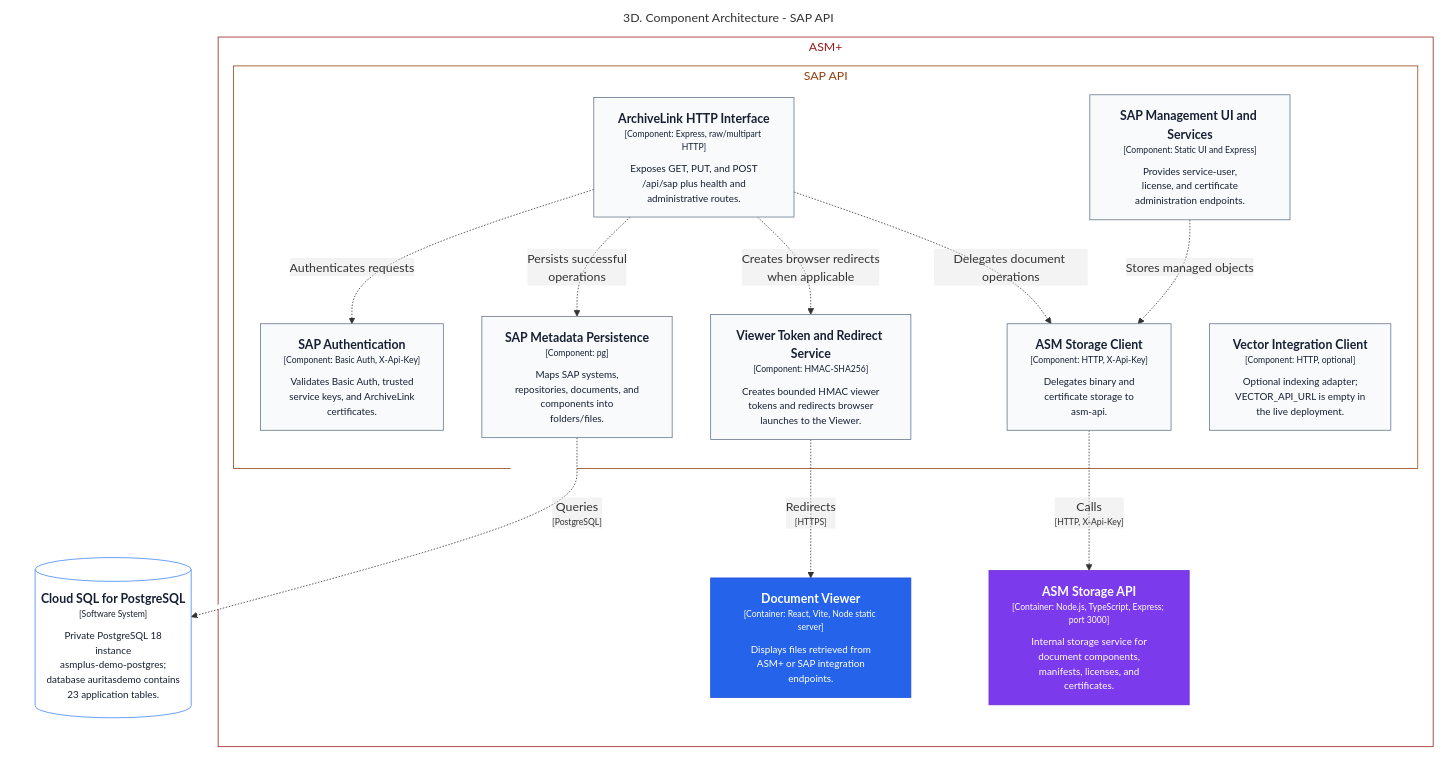
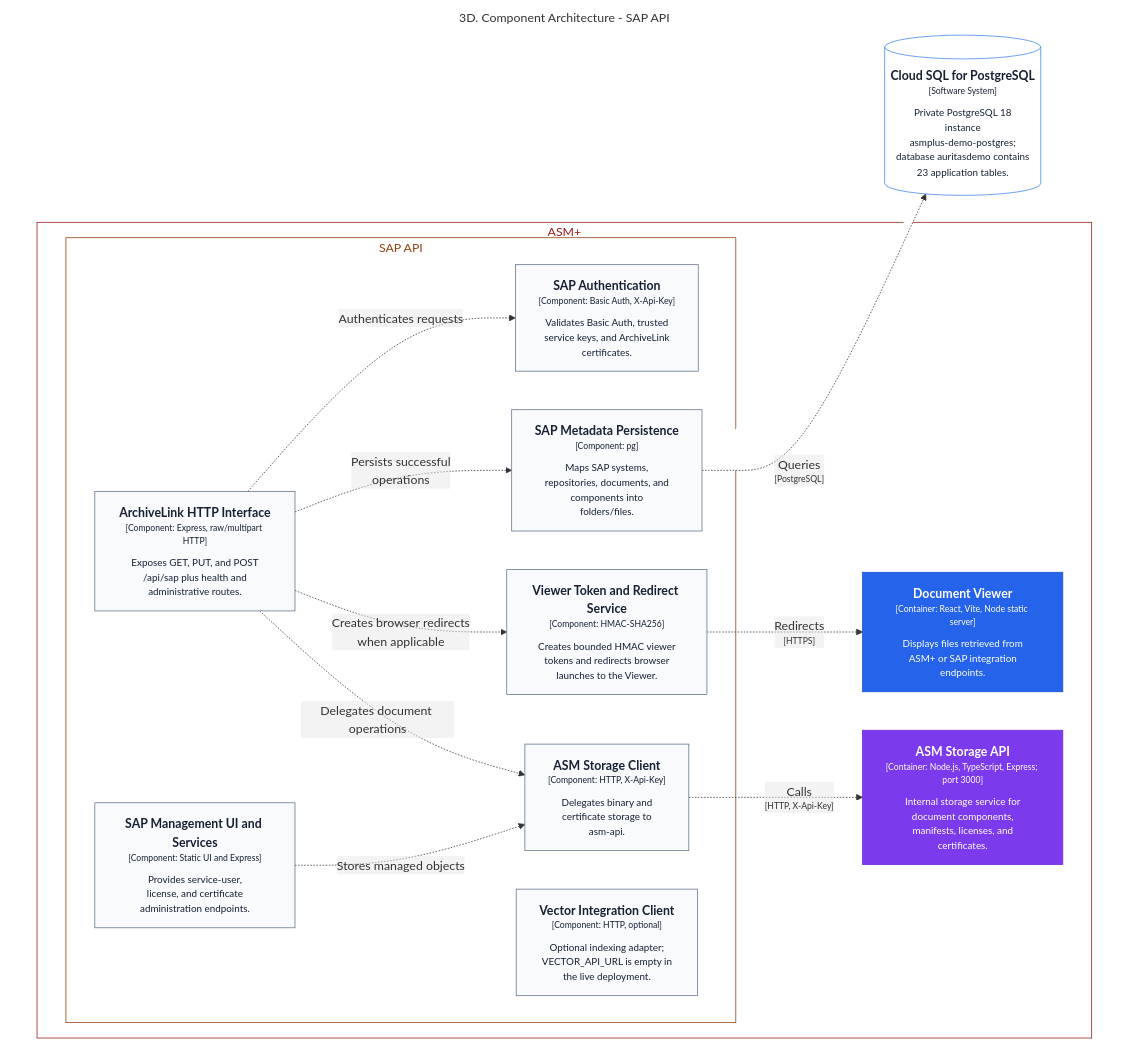
Before and after one commit to agilaffernan/ECOSYSTEM_ASM_ARCH: the diagram in exports/mermaid/structurizr-03d-component-api-sap.mmd, drawn with Mermaid. The commit also changed 93 other files, not shown here.

Commit message:
Update ASM+ architecture documentation

```diff
--- a/exports/mermaid/structurizr-03d-component-api-sap.mmd
+++ b/exports/mermaid/structurizr-03d-component-api-sap.mmd
@@ -1,47 +1,47 @@
-graph LR
+graph TB
   linkStyle default fill:#ffffff
 
   subgraph diagram ["3D. Component Architecture - SAP API"]
     style diagram fill:#ffffff,stroke:#ffffff
 
-    7[("<div style='font-weight: bold'>Cloud SQL for PostgreSQL</div><div style='font-size: 70%; margin-top: 0px'>[Software System]</div><div style='font-size: 80%; margin-top:10px'>Private PostgreSQL 18<br />instance<br />asmplus-demo-postgres;<br />database auritasdemo contains<br />23 application tables.</div>")]
-    style 7 fill:#ffffff,stroke:#4285f4,color:#172033
+    6[("<div style='font-weight: bold'>Cloud SQL for PostgreSQL</div><div style='font-size: 70%; margin-top: 0px'>[Software System]</div><div style='font-size: 80%; margin-top:10px'>Private PostgreSQL 18<br />instance<br />asmplus-demo-postgres;<br />database auritasdemo contains<br />23 application tables.</div>")]
+    style 6 fill:#ffffff,stroke:#4285f4,color:#172033
 
-    subgraph 13 ["ASM+"]
-      style 13 fill:#ffffff,stroke:#991b1b,color:#991b1b
+    subgraph 12 ["ASM+"]
+      style 12 fill:#ffffff,stroke:#991b1b,color:#991b1b
 
-      subgraph 47 ["SAP API"]
-        style 47 fill:#ffffff,stroke:#92400e,color:#92400e
+      subgraph 46 ["SAP API"]
+        style 46 fill:#ffffff,stroke:#92400e,color:#92400e
 
-        48["<div style='font-weight: bold'>ArchiveLink HTTP Interface</div><div style='font-size: 70%; margin-top: 0px'>[Component: Express, raw/multipart HTTP]</div><div style='font-size: 80%; margin-top:10px'>Exposes GET, PUT, and POST<br />/api/sap plus health and<br />administrative routes.</div>"]
+        47["<div style='font-weight: bold'>ArchiveLink HTTP Interface</div><div style='font-size: 70%; margin-top: 0px'>[Component: Express, raw/multipart HTTP]</div><div style='font-size: 80%; margin-top:10px'>Exposes GET, PUT, and POST<br />/api/sap plus health and<br />administrative routes.</div>"]
+        style 47 fill:#f8fafc,stroke:#64748b,color:#172033
+        48["<div style='font-weight: bold'>SAP Authentication</div><div style='font-size: 70%; margin-top: 0px'>[Component: Basic Auth, X-Api-Key]</div><div style='font-size: 80%; margin-top:10px'>Validates Basic Auth, trusted<br />service keys, and ArchiveLink<br />certificates.</div>"]
         style 48 fill:#f8fafc,stroke:#64748b,color:#172033
-        49["<div style='font-weight: bold'>SAP Authentication</div><div style='font-size: 70%; margin-top: 0px'>[Component: Basic Auth, X-Api-Key]</div><div style='font-size: 80%; margin-top:10px'>Validates Basic Auth, trusted<br />service keys, and ArchiveLink<br />certificates.</div>"]
+        49["<div style='font-weight: bold'>SAP Metadata Persistence</div><div style='font-size: 70%; margin-top: 0px'>[Component: pg]</div><div style='font-size: 80%; margin-top:10px'>Maps SAP systems,<br />repositories, documents, and<br />components into<br />folders/files.</div>"]
         style 49 fill:#f8fafc,stroke:#64748b,color:#172033
-        50["<div style='font-weight: bold'>SAP Metadata Persistence</div><div style='font-size: 70%; margin-top: 0px'>[Component: pg]</div><div style='font-size: 80%; margin-top:10px'>Maps SAP systems,<br />repositories, documents, and<br />components into<br />folders/files.</div>"]
+        50["<div style='font-weight: bold'>Viewer Token and Redirect Service</div><div style='font-size: 70%; margin-top: 0px'>[Component: HMAC-SHA256]</div><div style='font-size: 80%; margin-top:10px'>Creates bounded HMAC viewer<br />tokens and redirects browser<br />launches to the Viewer.</div>"]
         style 50 fill:#f8fafc,stroke:#64748b,color:#172033
-        51["<div style='font-weight: bold'>Viewer Token and Redirect Service</div><div style='font-size: 70%; margin-top: 0px'>[Component: HMAC-SHA256]</div><div style='font-size: 80%; margin-top:10px'>Creates bounded HMAC viewer<br />tokens and redirects browser<br />launches to the Viewer.</div>"]
+        51["<div style='font-weight: bold'>ASM Storage Client</div><div style='font-size: 70%; margin-top: 0px'>[Component: HTTP, X-Api-Key]</div><div style='font-size: 80%; margin-top:10px'>Delegates binary and<br />certificate storage to<br />asm-api.</div>"]
         style 51 fill:#f8fafc,stroke:#64748b,color:#172033
-        52["<div style='font-weight: bold'>ASM Storage Client</div><div style='font-size: 70%; margin-top: 0px'>[Component: HTTP, X-Api-Key]</div><div style='font-size: 80%; margin-top:10px'>Delegates binary and<br />certificate storage to<br />asm-api.</div>"]
+        52["<div style='font-weight: bold'>SAP Management UI and Services</div><div style='font-size: 70%; margin-top: 0px'>[Component: Static UI and Express]</div><div style='font-size: 80%; margin-top:10px'>Provides service-user,<br />license, and certificate<br />administration endpoints.</div>"]
         style 52 fill:#f8fafc,stroke:#64748b,color:#172033
-        53["<div style='font-weight: bold'>SAP Management UI and Services</div><div style='font-size: 70%; margin-top: 0px'>[Component: Static UI and Express]</div><div style='font-size: 80%; margin-top:10px'>Provides service-user,<br />license, and certificate<br />administration endpoints.</div>"]
+        53["<div style='font-weight: bold'>Vector Integration Client</div><div style='font-size: 70%; margin-top: 0px'>[Component: HTTP, optional]</div><div style='font-size: 80%; margin-top:10px'>Optional indexing adapter;<br />VECTOR_API_URL is empty in<br />the live deployment.</div>"]
         style 53 fill:#f8fafc,stroke:#64748b,color:#172033
-        54["<div style='font-weight: bold'>Vector Integration Client</div><div style='font-size: 70%; margin-top: 0px'>[Component: HTTP, optional]</div><div style='font-size: 80%; margin-top:10px'>Optional indexing adapter;<br />VECTOR_API_URL is empty in<br />the live deployment.</div>"]
-        style 54 fill:#f8fafc,stroke:#64748b,color:#172033
       end
 
-      26["<div style='font-weight: bold'>Document Viewer</div><div style='font-size: 70%; margin-top: 0px'>[Container: React, Vite, Node static server]</div><div style='font-size: 80%; margin-top:10px'>Displays files retrieved from<br />ASM+ or SAP integration<br />endpoints.</div>"]
-      style 26 fill:#2563eb,stroke:#1d4ed8,color:#ffffff
-      63["<div style='font-weight: bold'>ASM Storage API</div><div style='font-size: 70%; margin-top: 0px'>[Container: Node.js, TypeScript, Express; port 3000]</div><div style='font-size: 80%; margin-top:10px'>Internal storage service for<br />document components,<br />manifests, licenses, and<br />certificates.</div>"]
-      style 63 fill:#7c3aed,stroke:#6d28d9,color:#ffffff
+      25["<div style='font-weight: bold'>Document Viewer</div><div style='font-size: 70%; margin-top: 0px'>[Container: React, Vite, Node static server]</div><div style='font-size: 80%; margin-top:10px'>Displays files retrieved from<br />ASM+ or SAP integration<br />endpoints.</div>"]
+      style 25 fill:#2563eb,stroke:#1d4ed8,color:#ffffff
+      62["<div style='font-weight: bold'>ASM Storage API</div><div style='font-size: 70%; margin-top: 0px'>[Container: Node.js, TypeScript, Express; port 3000]</div><div style='font-size: 80%; margin-top:10px'>Internal storage service for<br />document components,<br />manifests, licenses, and<br />certificates.</div>"]
+      style 62 fill:#7c3aed,stroke:#6d28d9,color:#ffffff
     end
 
-    48-. "<div>Authenticates requests</div><div style='font-size: 70%'></div>" .->49
-    48-. "<div>Persists successful<br />operations</div><div style='font-size: 70%'></div>" .->50
-    48-. "<div>Creates browser redirects<br />when applicable</div><div style='font-size: 70%'></div>" .->51
-    48-. "<div>Delegates document operations</div><div style='font-size: 70%'></div>" .->52
-    50-. "<div>Queries</div><div style='font-size: 70%'>[PostgreSQL]</div>" .->7
-    52-. "<div>Calls</div><div style='font-size: 70%'>[HTTP, X-Api-Key]</div>" .->63
-    51-. "<div>Redirects</div><div style='font-size: 70%'>[HTTPS]</div>" .->26
-    53-. "<div>Stores managed objects</div><div style='font-size: 70%'></div>" .->52
+    47-. "<div>Authenticates requests</div><div style='font-size: 70%'></div>" .->48
+    47-. "<div>Persists successful<br />operations</div><div style='font-size: 70%'></div>" .->49
+    47-. "<div>Creates browser redirects<br />when applicable</div><div style='font-size: 70%'></div>" .->50
+    47-. "<div>Delegates document operations</div><div style='font-size: 70%'></div>" .->51
+    49-. "<div>Queries</div><div style='font-size: 70%'>[PostgreSQL]</div>" .->6
+    51-. "<div>Calls</div><div style='font-size: 70%'>[HTTP, X-Api-Key]</div>" .->62
+    50-. "<div>Redirects</div><div style='font-size: 70%'>[HTTPS]</div>" .->25
+    52-. "<div>Stores managed objects</div><div style='font-size: 70%'></div>" .->51
 
   end
```
